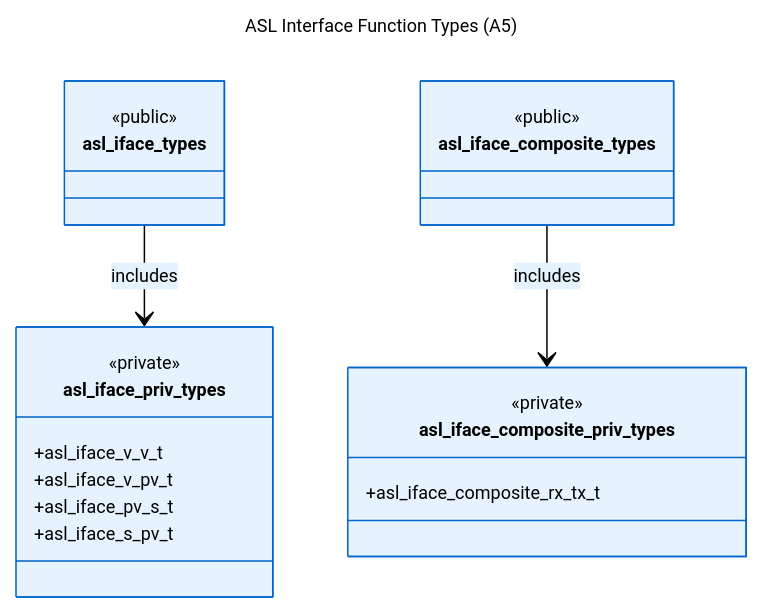
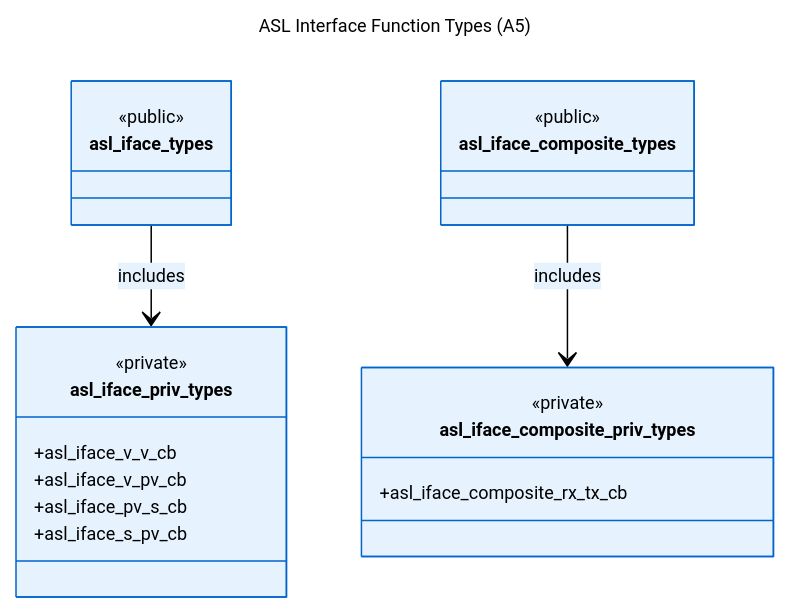
The first of 2 diagrams in architecture/logical_view_types_interface.md (ABD-01/quantum-harmony), drawn with Mermaid before and after one commit. The commit also changed other lines of this file and 67 other files, not shown here.

````diff
--- a/architecture/logical_view_types_interface.md
+++ b/architecture/logical_view_types_interface.md
@@ -30,49 +30,49 @@
 ```mermaid
 ---
 title: ASL Interface Function Types (A5)
 config:
   theme: base
   themeVariables:
     background: "#ffffff"
     primaryColor: "#e6f3ff"
     primaryTextColor: "#000000"
     primaryBorderColor: "#0066cc"
     lineColor: "#000000"
     secondaryColor: "#f0f0f0"
     tertiaryColor: "#cccccc"
     fontFamily: "arial"
     fontSize: "12px"
 ---
 classDiagram
     class asl_iface_types {
         <<public>>
     }
     
     class asl_iface_priv_types {
         <<private>>
-        +asl_iface_v_v_t
-        +asl_iface_v_pv_t
-        +asl_iface_pv_s_t
-        +asl_iface_s_pv_t
+        +asl_iface_v_v_cb
+        +asl_iface_v_pv_cb
+        +asl_iface_pv_s_cb
+        +asl_iface_s_pv_cb
     }
     
     class asl_iface_composite_types {
         <<public>>
     }
     
     class asl_iface_composite_priv_types {
         <<private>>
-        +asl_iface_composite_rx_tx_t
+        +asl_iface_composite_rx_tx_cb
     }
     
     asl_iface_types --> asl_iface_priv_types : includes
     asl_iface_composite_types --> asl_iface_composite_priv_types : includes
     
     classDef public fill:#ffffff,stroke:#000000,stroke-width:3px,color:#000000
     classDef private fill:#f0f0f0,stroke:#000000,stroke-width:3px,color:#000000
     
     class asl_iface_types:::public
     class asl_iface_priv_types:::private
     class asl_iface_composite_types:::public
     class asl_iface_composite_priv_types:::private
 ```
````
